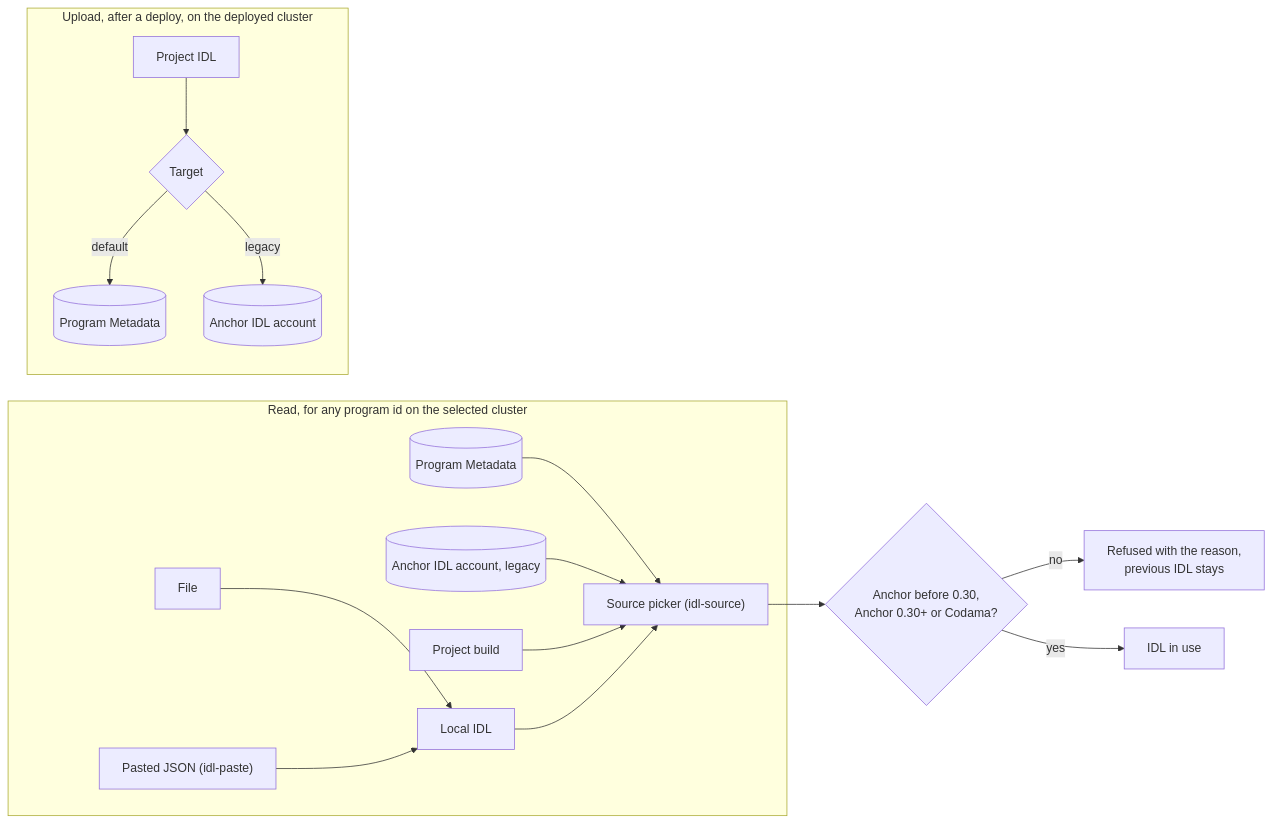
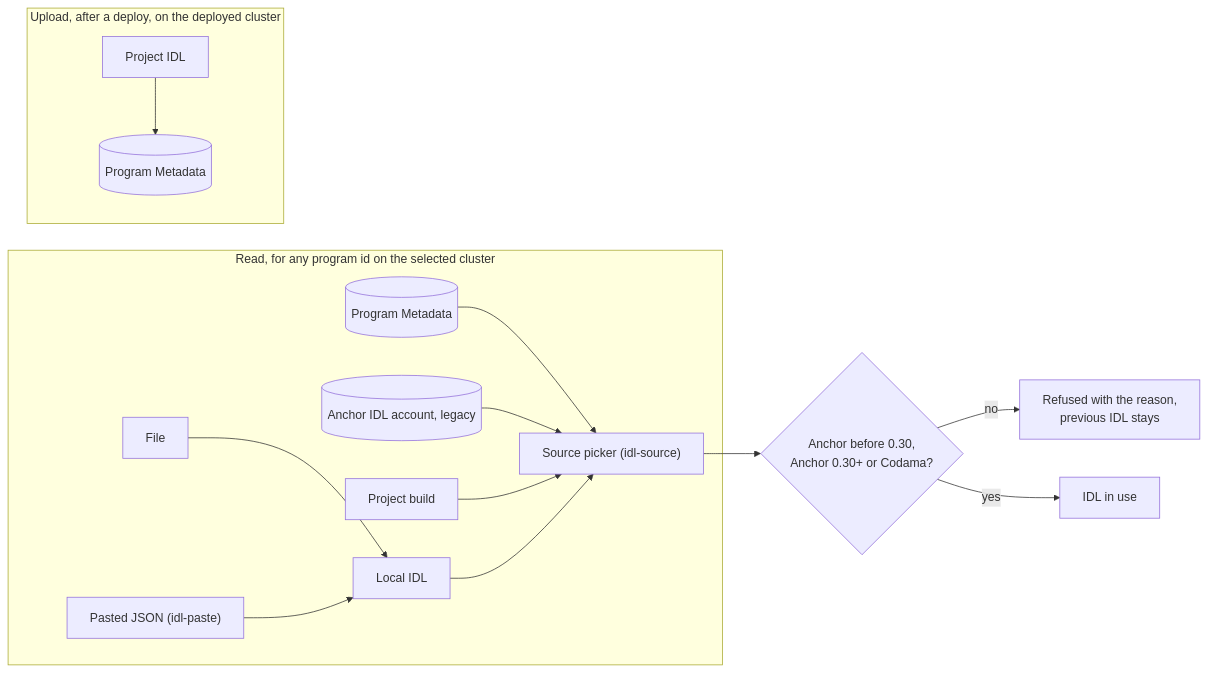
The diagram in openspec/changes/wbdi-flow/specs/client-v2-program-idl/spec.md (solana-foundation/solana-playground), drawn with Mermaid before and after one commit. The commit also changed other lines of this file and 4 other files, not shown here.

Commit message:
docs(openspec): point wbdi-flow at the program-idl slice, and tick terminal-anchor-idl tasks 1.2, 2.2, and 2.3

````diff
--- a/openspec/changes/wbdi-flow/specs/client-v2-program-idl/spec.md
+++ b/openspec/changes/wbdi-flow/specs/client-v2-program-idl/spec.md
@@ -9,19 +9,17 @@
 ```mermaid
 flowchart LR
   subgraph read["Read, for any program id on the selected cluster"]
     pmp[("Program Metadata")] --> picker["Source picker (idl-source)"]
     anchor[("Anchor IDL account, legacy")] --> picker
     build["Project build"] --> picker
     file["File"] --> local["Local IDL"]
     paste["Pasted JSON (idl-paste)"] --> local
     local --> picker
   end
   picker --> format{"Anchor before 0.30,<br/>Anchor 0.30+ or Codama?"}
   format -- no --> refuse["Refused with the reason,<br/>previous IDL stays"]
   format -- yes --> use["IDL in use"]
   subgraph write["Upload, after a deploy, on the deployed cluster"]
-    project["Project IDL"] --> target{"Target"}
-    target -- default --> pmpw[("Program Metadata")]
-    target -- legacy --> anchorw[("Anchor IDL account")]
+    project["Project IDL"] --> pmpw[("Program Metadata")]
   end
 ```
````
